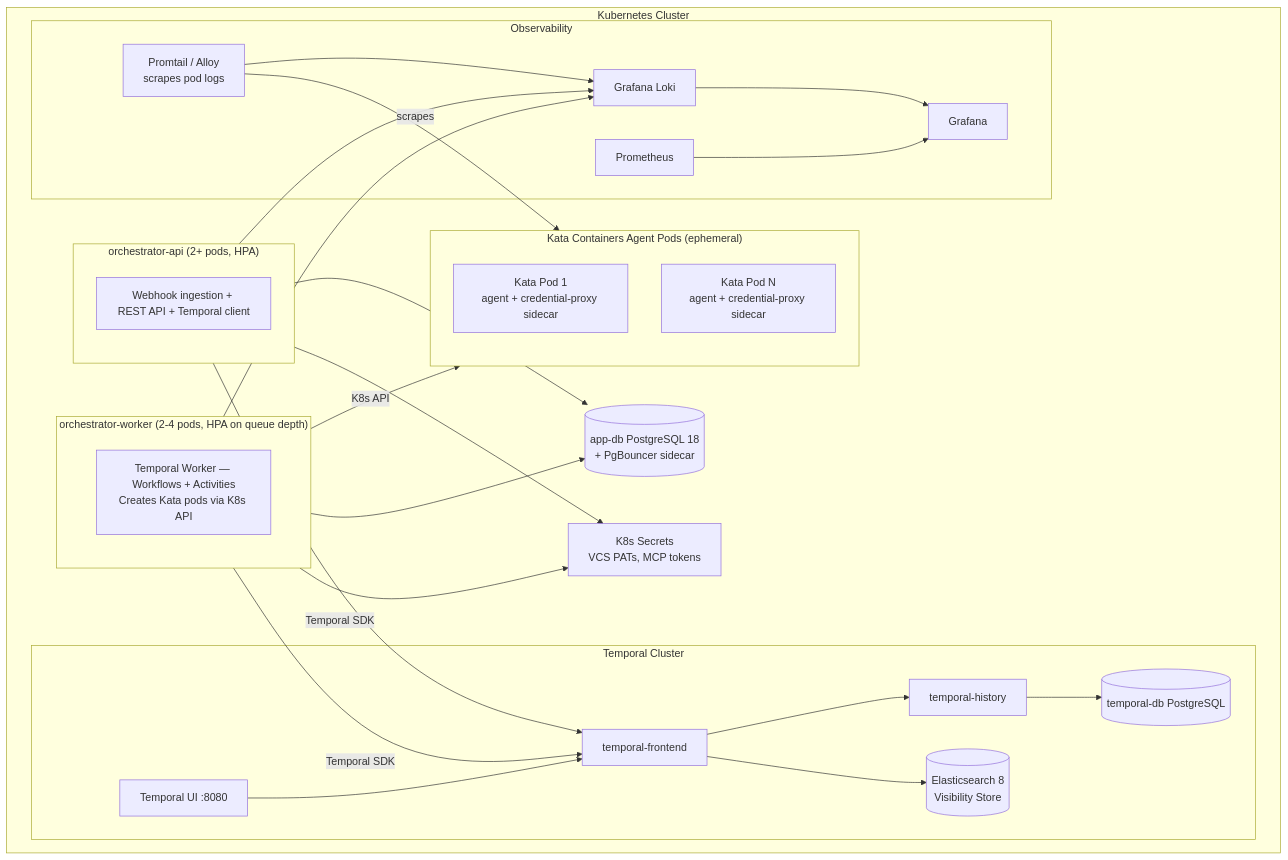
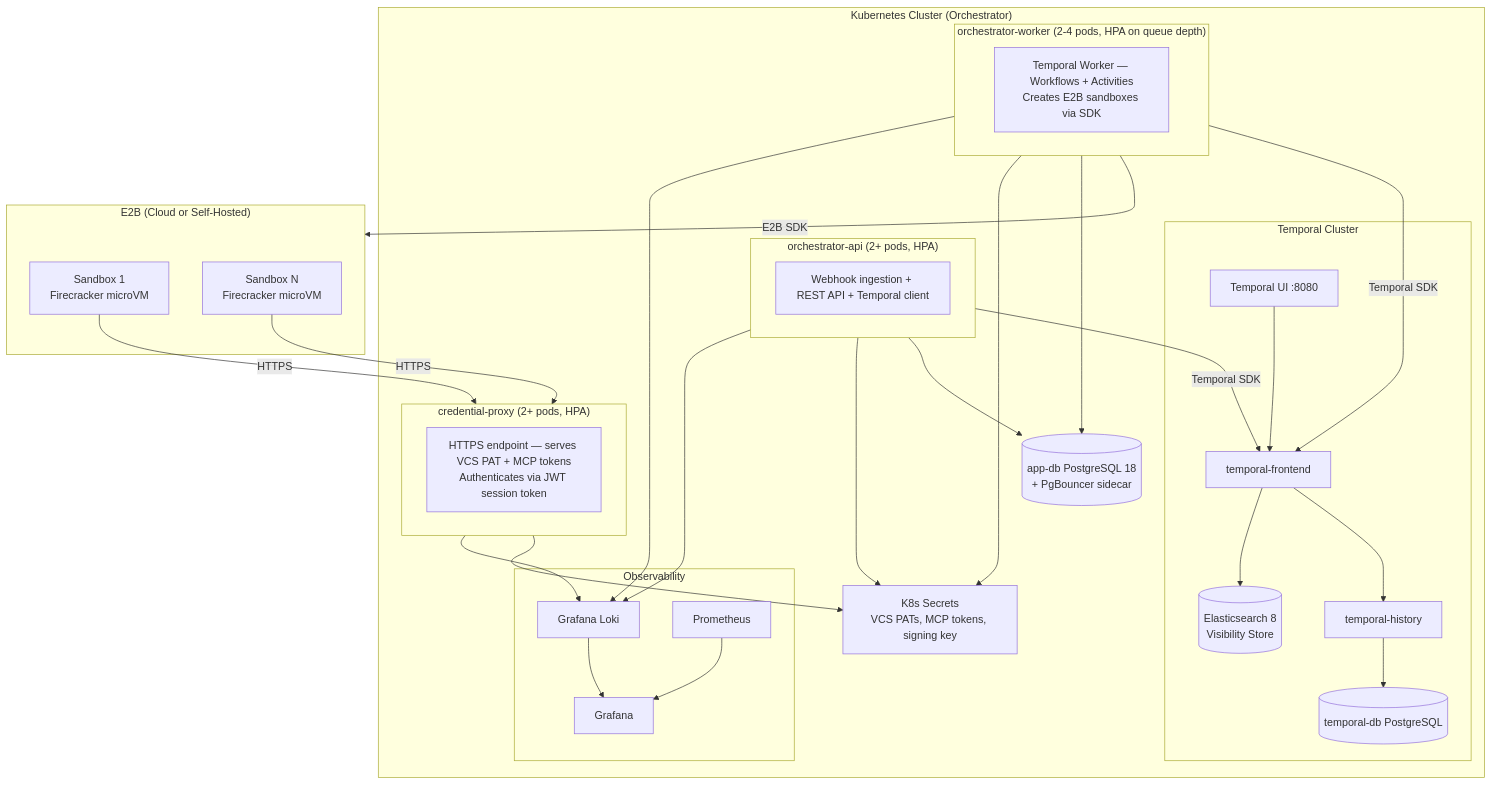
The diagram in docs/specs/deployment.md (nmime/ai-sdlc-orchestrator), drawn with Mermaid before and after one commit. The commit also changed other lines of this file and 7 other files, not shown here.

````diff
--- a/docs/specs/deployment.md
+++ b/docs/specs/deployment.md
@@ -49,52 +53,57 @@
 ```mermaid
 graph TB
-    subgraph K8s["Kubernetes Cluster"]
+    subgraph K8s["Kubernetes Cluster (Orchestrator)"]
         subgraph API["orchestrator-api (2+ pods, HPA)"]
             A1[Webhook ingestion + REST API + Temporal client]
         end
 
         subgraph Worker["orchestrator-worker (2-4 pods, HPA on queue depth)"]
-            W1[Temporal Worker — Workflows + Activities<br>Creates Kata pods via K8s API]
+            W1[Temporal Worker — Workflows + Activities<br>Creates E2B sandboxes via SDK]
         end
 
-        subgraph KataPods["Kata Containers Agent Pods (ephemeral)"]
-            KP1[Kata Pod 1<br>agent + credential-proxy sidecar]
-            KP2[Kata Pod N<br>agent + credential-proxy sidecar]
+        subgraph CredProxy["credential-proxy (2+ pods, HPA)"]
+            CP1[HTTPS endpoint — serves VCS PAT + MCP tokens<br>Authenticates via JWT session token]
         end
 
         subgraph TemporalCluster["Temporal Cluster"]
             TFE[temporal-frontend]
             THI[temporal-history]
             TDB[(temporal-db PostgreSQL)]
             TUI[Temporal UI :8080]
             ES[(Elasticsearch 8<br>Visibility Store)]
         end
 
         subgraph Observability["Observability"]
             LOKI[Grafana Loki]
             PROM[Prometheus]
             GRAF[Grafana]
-            PROMTAIL[Promtail / Alloy<br>scrapes pod logs]
         end
 
         PG[(app-db PostgreSQL 18<br>+ PgBouncer sidecar)]
-        SEC[K8s Secrets<br>VCS PATs, MCP tokens]
+        SEC[K8s Secrets<br>VCS PATs, MCP tokens, signing key]
+    end
+
+    subgraph E2B["E2B (Cloud or Self-Hosted)"]
+        SB1[Sandbox 1<br>Firecracker microVM]
+        SB2[Sandbox N<br>Firecracker microVM]
     end
 
     API -->|Temporal SDK| TFE
     Worker -->|Temporal SDK| TFE
-    Worker -->|K8s API| KataPods
-    PROMTAIL -->|scrapes| KataPods
-    PROMTAIL --> LOKI
+    Worker -->|E2B SDK| E2B
+    SB1 -->|HTTPS| CredProxy
+    SB2 -->|HTTPS| CredProxy
+    CredProxy --> SEC
     TFE --> THI --> TDB
     TFE --> ES
     TUI --> TFE
     API --> PG
     Worker --> PG
     Worker --> SEC
     API --> SEC
     API --> LOKI
     Worker --> LOKI
+    CredProxy --> LOKI
     PROM --> GRAF
     LOKI --> GRAF
 ```
````
